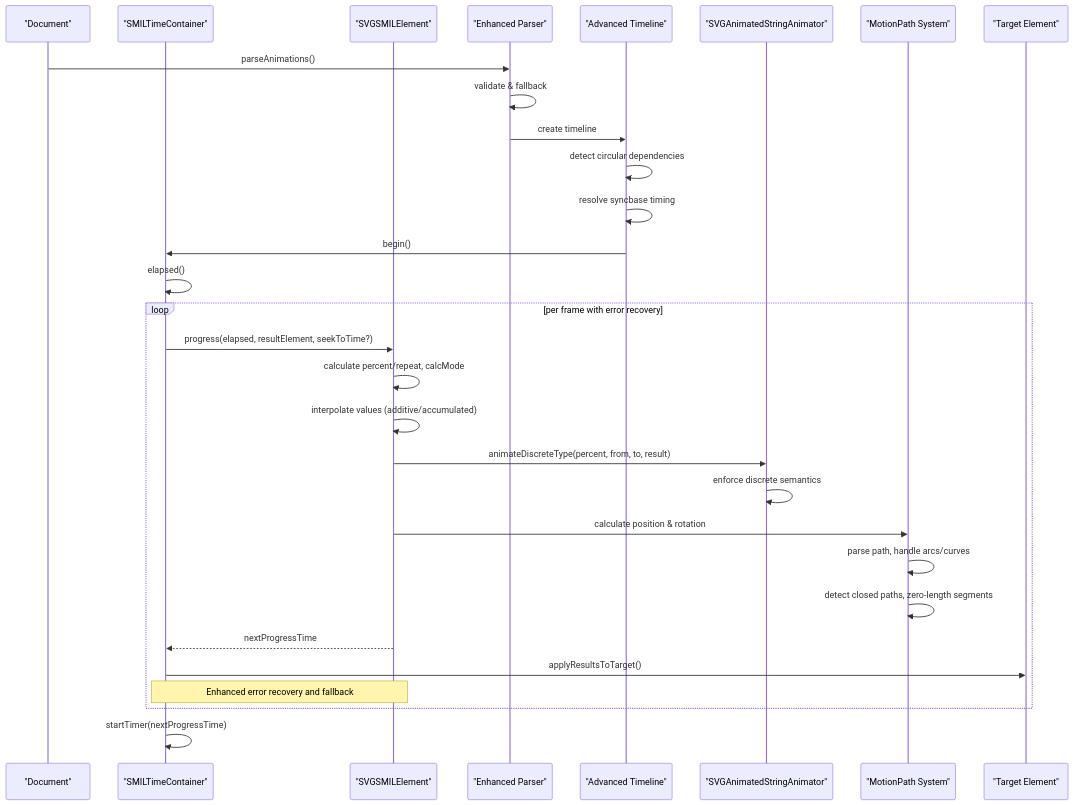
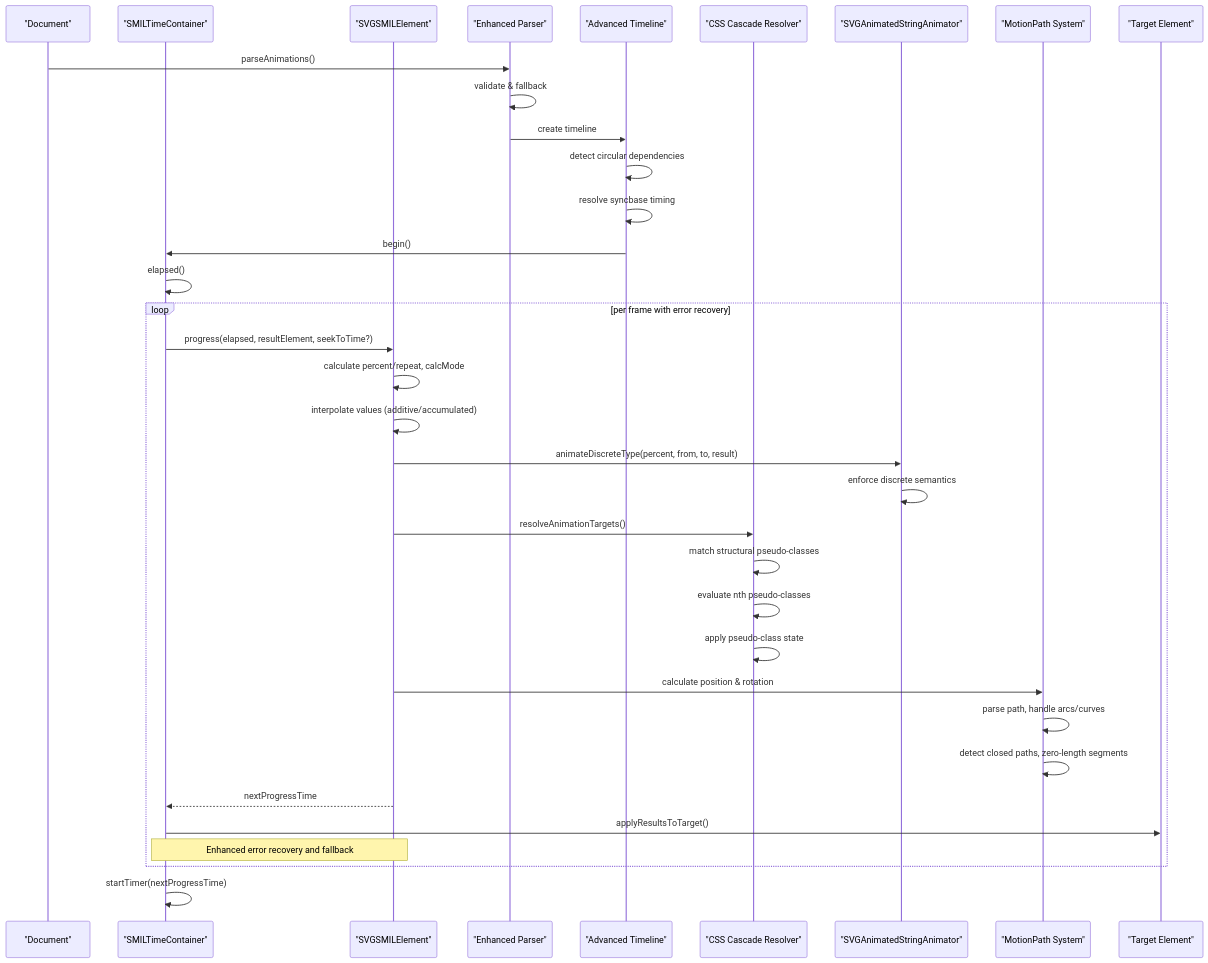
One commit to denisnadey/flutter_full_svg_support changed the second of 14 diagrams in .qoder/repowiki/en/content/Animated SVG Support/SMIL Animation Specification/SMIL Animation Specification.md. Above: the diagram before and after it, drawn with Mermaid. The commit also changed other lines of this file and 25 other files, not shown here.

````diff
--- a/.qoder/repowiki/en/content/Animated SVG Support/SMIL Animation Specification/SMIL Animation Specification.md
+++ b/.qoder/repowiki/en/content/Animated SVG Support/SMIL Animation Specification/SMIL Animation Specification.md
@@ -189,32 +215,37 @@
 ```mermaid
 sequenceDiagram
 participant Doc as "Document"
 participant Container as "SMILTimeContainer"
 participant Element as "SVGSMILElement"
 participant Parser as "Enhanced Parser"
 participant Timeline as "Advanced Timeline"
+participant CSSResolver as "CSS Cascade Resolver"
 participant Animator as "SVGAnimatedStringAnimator"
 participant MotionPath as "MotionPath System"
 participant Target as "Target Element"
 Doc->>Parser : parseAnimations()
 Parser->>Parser : validate & fallback
 Parser->>Timeline : create timeline
 Timeline->>Timeline : detect circular dependencies
 Timeline->>Timeline : resolve syncbase timing
 Timeline->>Container : begin()
 Container->>Container : elapsed()
 loop per frame with error recovery
 Container->>Element : progress(elapsed, resultElement, seekToTime?)
 Element->>Element : calculate percent/repeat, calcMode
 Element->>Element : interpolate values (additive/accumulated)
 Element->>Animator : animateDiscreteType(percent, from, to, result)
 Animator->>Animator : enforce discrete semantics
+Element->>CSSResolver : resolveAnimationTargets()
+CSSResolver->>CSSResolver : match structural pseudo-classes
+CSSResolver->>CSSResolver : evaluate nth pseudo-classes
+CSSResolver->>CSSResolver : apply pseudo-class state
 Element->>MotionPath : calculate position & rotation
 MotionPath->>MotionPath : parse path, handle arcs/curves
 MotionPath->>MotionPath : detect closed paths, zero-length segments
 Element-->>Container : nextProgressTime
 Container->>Target : applyResultsToTarget()
 Note over Container,Element : Enhanced error recovery and fallback
 end
 Container->>Container : startTimer(nextProgressTime)
 ```
````
